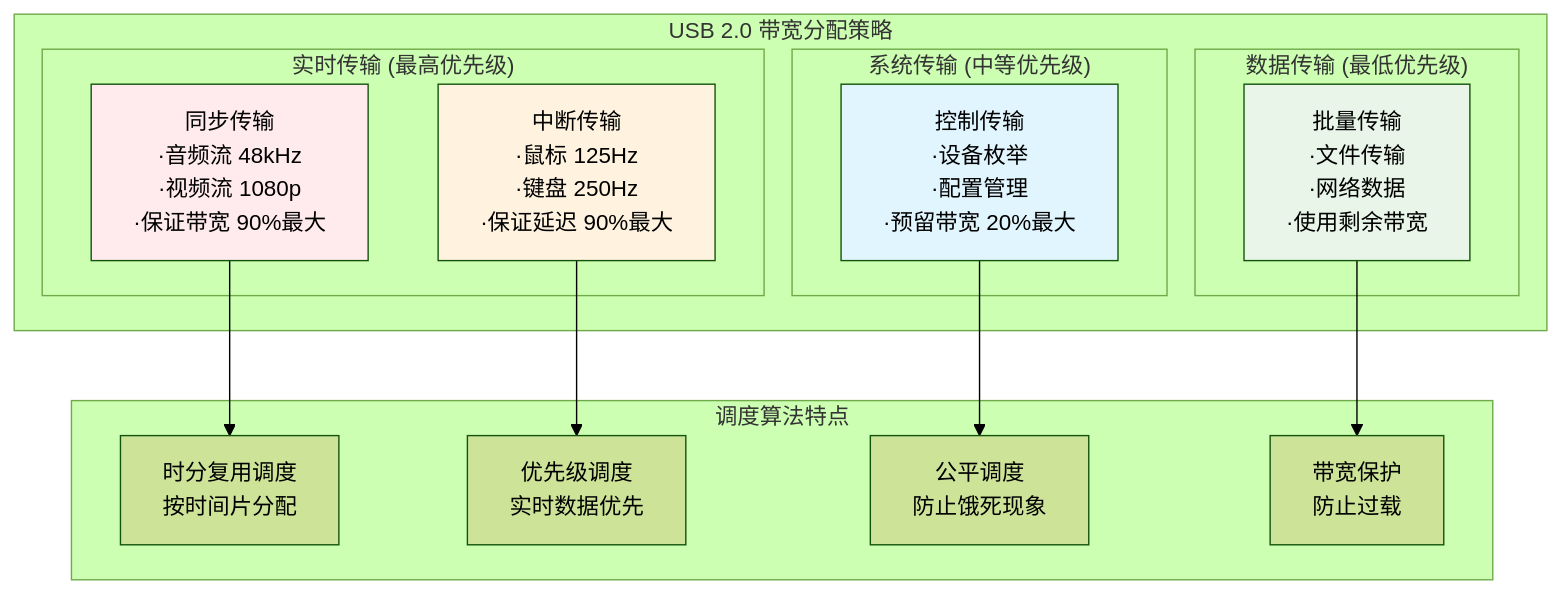
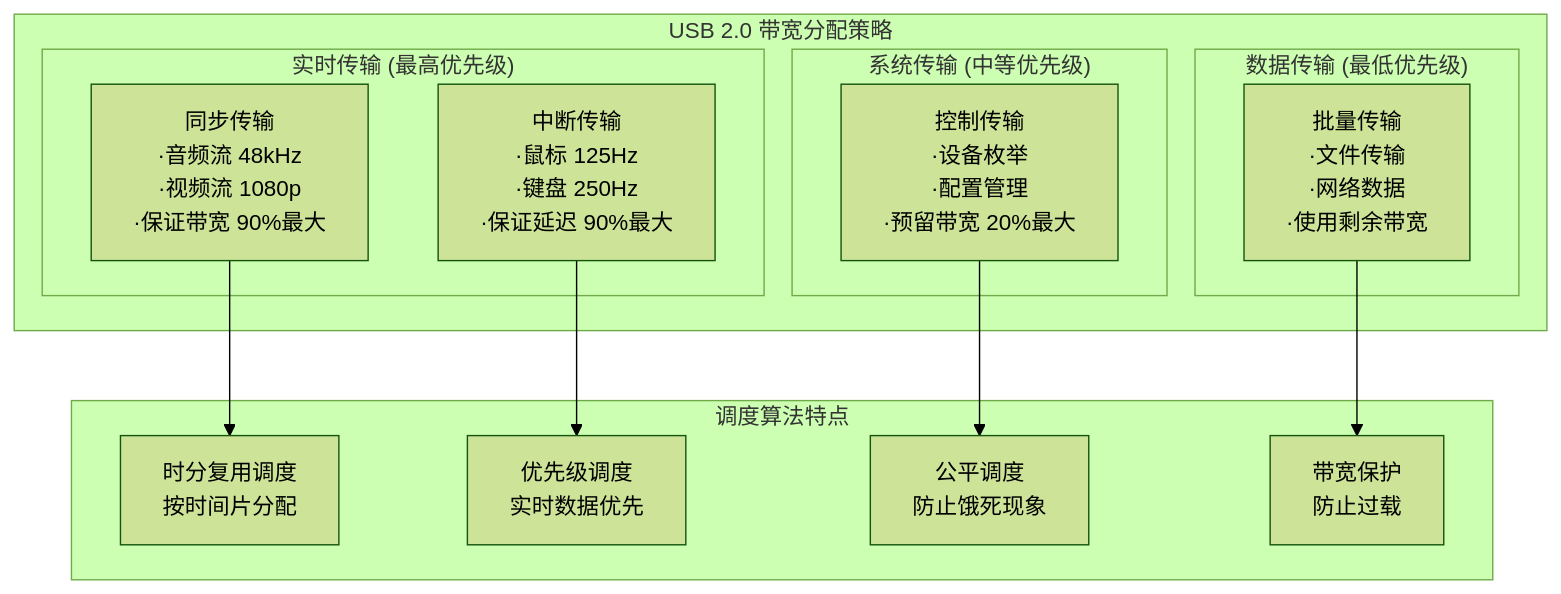
Diagram 17 of 21 in 08-USB架构图和流程图-可视化版.md (TbusOS/usb-learn), drawn with Mermaid (forest theme) before and after one commit. The commit also changed other lines of this file and 1 other file, not shown here.

````diff
--- a/08-USB架构图和流程图-可视化版.md
+++ b/08-USB架构图和流程图-可视化版.md
@@ -703,34 +685,31 @@
 ```mermaid
 graph TD
     subgraph "USB 2.0 带宽分配策略"
         subgraph "实时传输 (最高优先级)"
             S1[同步传输<br/>·音频流 48kHz<br/>·视频流 1080p<br/>·保证带宽 90%最大]
             I1[中断传输<br/>·鼠标 125Hz<br/>·键盘 250Hz<br/>·保证延迟 90%最大]
         end
         
         subgraph "系统传输 (中等优先级)"  
             C1[控制传输<br/>·设备枚举<br/>·配置管理<br/>·预留带宽 20%最大]
         end
         
         subgraph "数据传输 (最低优先级)"
             B1[批量传输<br/>·文件传输<br/>·网络数据<br/>·使用剩余带宽]
         end
     end
     
     subgraph "调度算法特点"
         ALG1[时分复用调度<br/>按时间片分配]
         ALG2[优先级调度<br/>实时数据优先]  
         ALG3[公平调度<br/>防止饿死现象]
         ALG4[带宽保护<br/>防止过载]
     end
     
     S1 --> ALG1
     I1 --> ALG2
     C1 --> ALG3  
     B1 --> ALG4
     
-    style S1 fill:#ffebee
-    style I1 fill:#fff3e0
-    style C1 fill:#e1f5fe
-    style B1 fill:#e8f5e8
+
 ```
````
